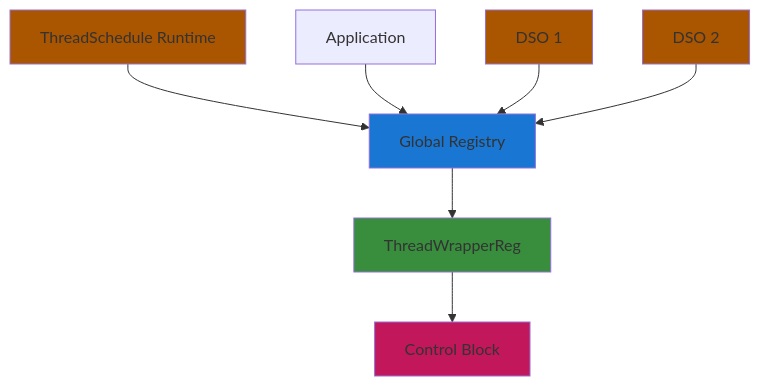
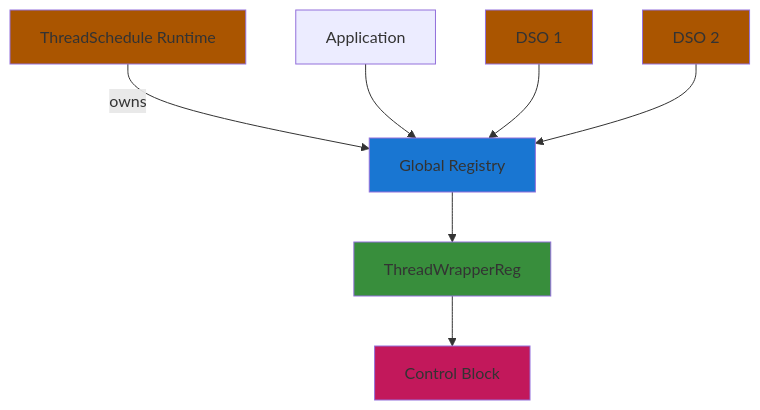
The fifth of 5 diagrams in docs/REGISTRY.md (Katze719/ThreadSchedule), drawn with Mermaid before and after one commit. The commit also changed other lines of this file, not shown here.

First line of the commit message:
Update REGISTRY.md diagrams to clarify ownership relationships

````diff
--- a/docs/REGISTRY.md
+++ b/docs/REGISTRY.md
@@ -200,29 +200,29 @@
 ```mermaid
 graph TD
     RT["ThreadSchedule Runtime"]
     GR["Global Registry"]
     App3[Application]
     DSO3["DSO 1"]
     DSO4["DSO 2"]
     T6[ThreadWrapperReg]
     CB6["Control Block"]
 
-    RT --> GR
+    RT --> |owns| GR
     App3 --> GR
     DSO3 --> GR
     DSO4 --> GR
     GR --> T6
     T6 --> CB6
 
     classDef registry fill:#1976d2
     classDef lib fill:#aa5500
     classDef controlBlock fill:#c2185b
     classDef wrapper fill:#388e3c
     classDef runtime fill:#aa5500
 
     class DSO3,DSO4 lib
     class GR registry
     class CB6 controlBlock
     class T6 wrapper
     class RT runtime
 ```
````
